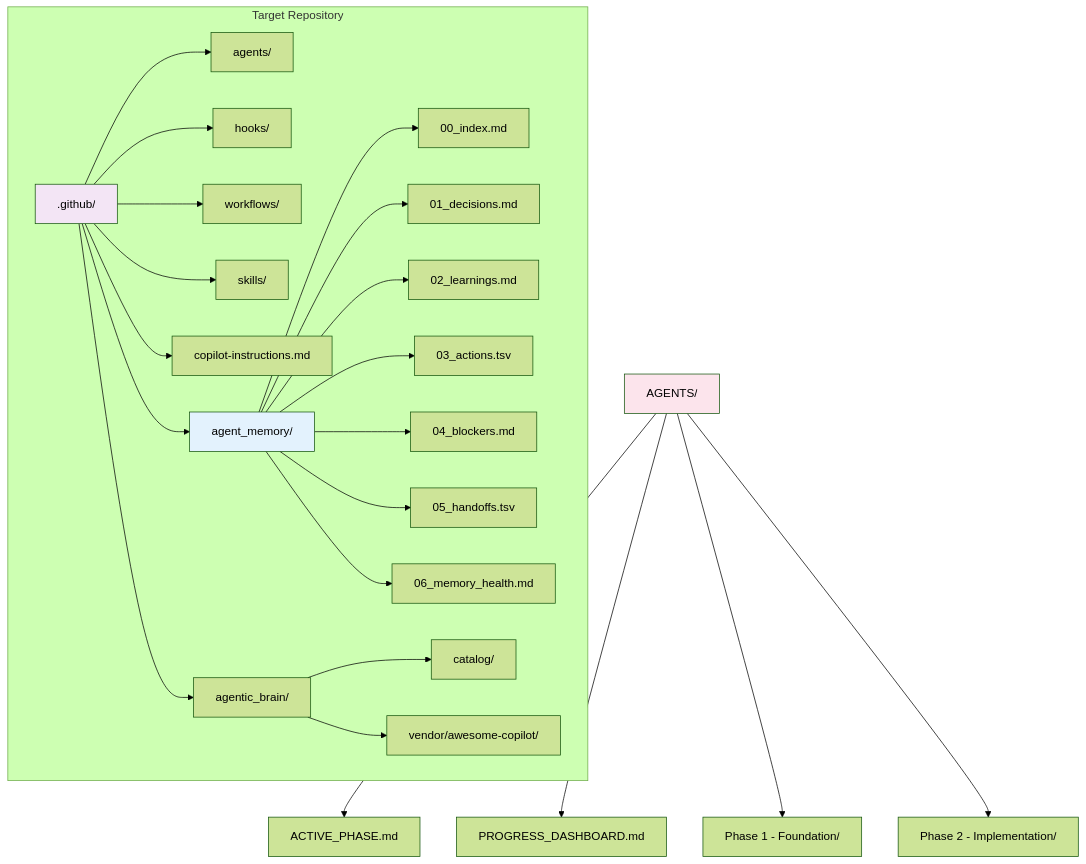
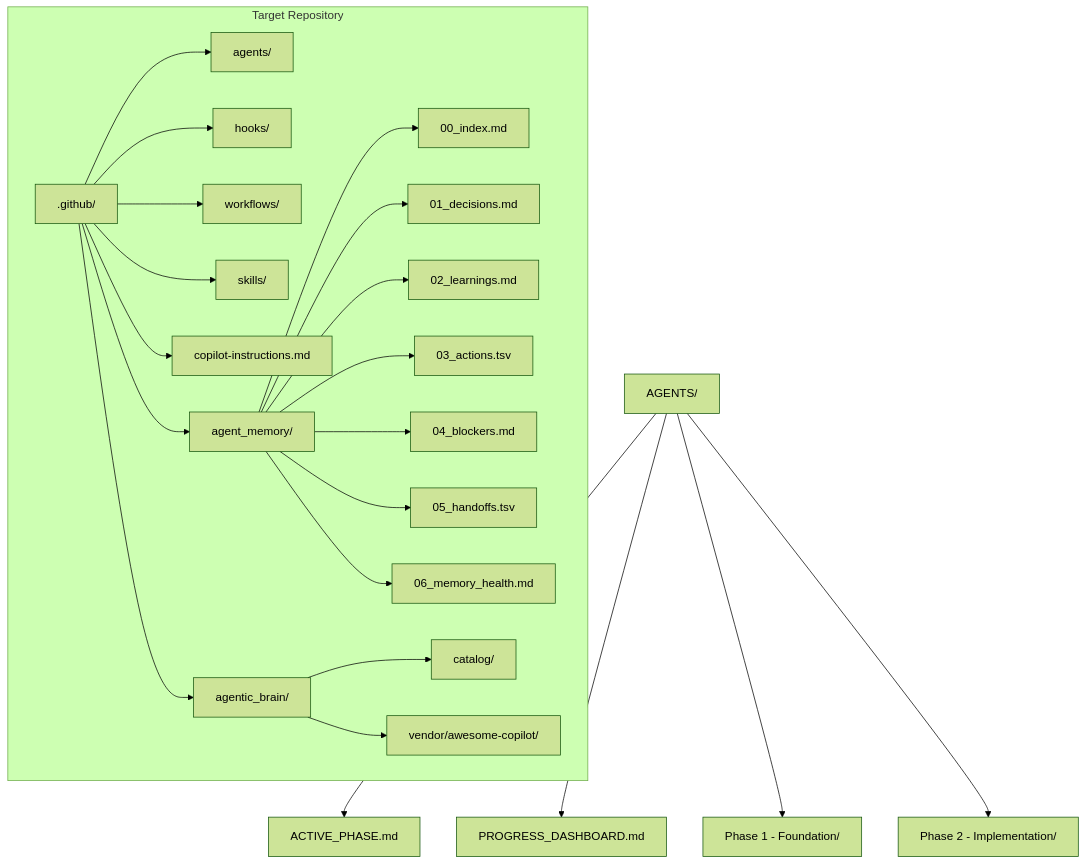
The second of 3 diagrams in README.md (QW1CKS/Agentic-Brain), drawn with Mermaid (forest theme) before and after one commit. The commit also changed other lines of this file, not shown here.

Commit message:
fix(docs): correct mermaid graph syntax in installation flow and folder structure sections

````diff
--- a/README.md
+++ b/README.md
@@ -60,32 +55,28 @@
 ```mermaid
-graph TD
-    subgraph Target Repository
+flowchart TD
+    subgraph Target["Target Repository"]
         A[.github/] --> B[agents/]
         A --> C[hooks/]
         A --> D[workflows/]
         A --> E[skills/]
         A --> F[copilot-instructions.md]
         A --> G[agent_memory/]
         A --> H[agentic_brain/]
         
         G --> G1[00_index.md]
         G --> G2[01_decisions.md]
         G --> G3[02_learnings.md]
         G --> G4[03_actions.tsv]
         G --> G5[04_blockers.md]
         G --> G6[05_handoffs.tsv]
         G --> G7[06_memory_health.md]
         
         H --> H1[catalog/]
         H --> H2[vendor/awesome-copilot/]
     end
     
     I[AGENTS/] --> I1[ACTIVE_PHASE.md]
     I --> I2[PROGRESS_DASHBOARD.md]
     I --> I3[Phase 1 - Foundation/]
     I --> I4[Phase 2 - Implementation/]
-    
-    style A fill:#f3e5f5
-    style G fill:#e3f2fd
-    style I fill:#fce4ec
 ```
````
